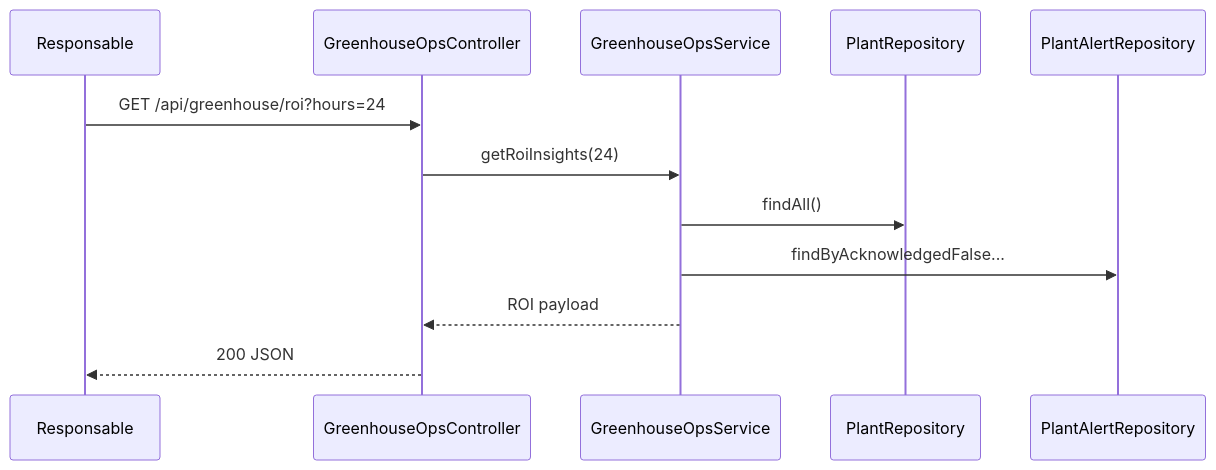
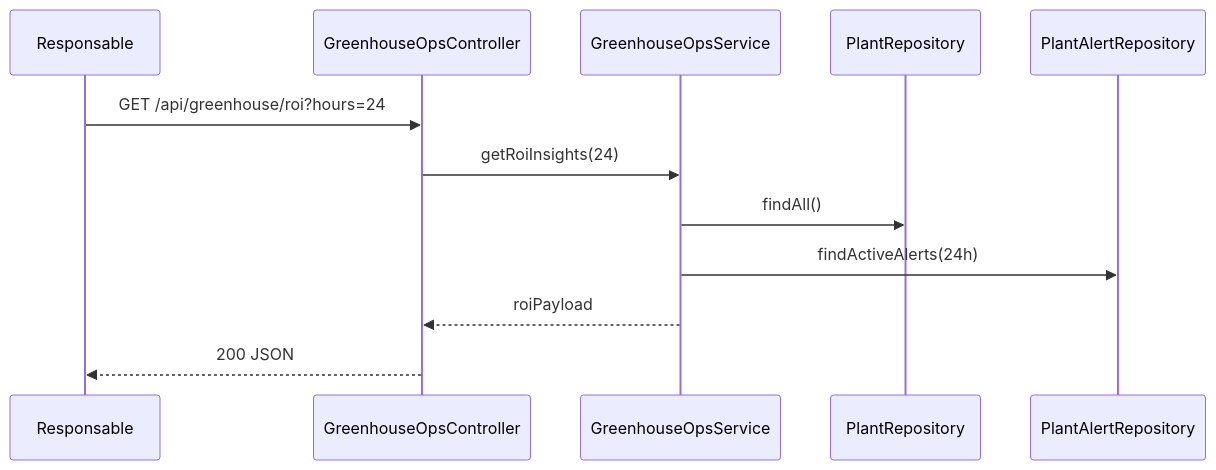
The fifth of 10 diagrams in docs/index.md (fasai444/GreenDesk), drawn with Mermaid before and after one commit. The commit also changed other lines of this file and 3 other files, not shown here.

````diff
--- a/docs/index.md
+++ b/docs/index.md
@@ -279,15 +365,15 @@
 ```mermaid
 sequenceDiagram
-	participant M as Responsable
-	participant G as GreenhouseOpsController
-	participant GS as GreenhouseOpsService
-	participant PRepo as PlantRepository
-	participant ARepo as PlantAlertRepository
+	participant manager as Responsable
+	participant controller as GreenhouseOpsController
+	participant service as GreenhouseOpsService
+	participant plantRepo as PlantRepository
+	participant alertRepo as PlantAlertRepository
 
-	M->>G: GET /api/greenhouse/roi?hours=24
-	G->>GS: getRoiInsights(24)
-	GS->>PRepo: findAll()
-	GS->>ARepo: findByAcknowledgedFalse...
-	GS-->>G: ROI payload
-	G-->>M: 200 JSON
+	manager->>controller: GET /api/greenhouse/roi?hours=24
+	controller->>service: getRoiInsights(24)
+	service->>plantRepo: findAll()
+	service->>alertRepo: findActiveAlerts(24h)
+	service-->>controller: roiPayload
+	controller-->>manager: 200 JSON
 ```
````
